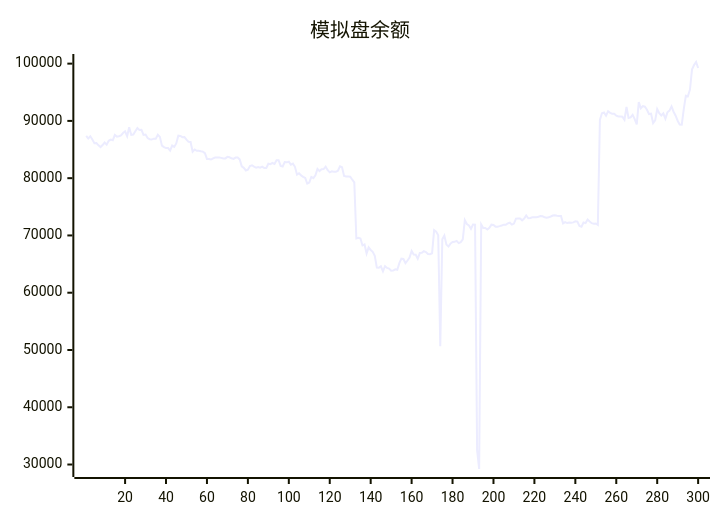
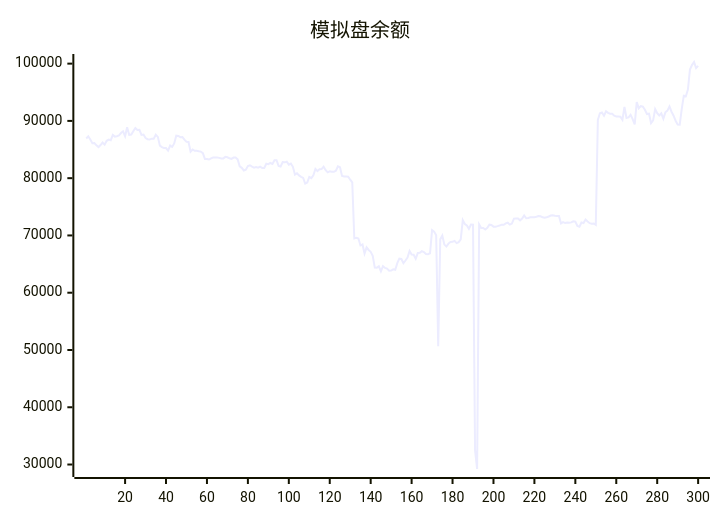
Before and after one commit to aahl/ai-trading: the diagram in README.md, drawn with Mermaid. The commit also changed other lines of this file and 1 other file, not shown here.

````diff
--- a/README.md
+++ b/README.md
@@ -5,5 +5,5 @@
 ```mermaid
 xychart
     title "模拟盘余额"
-    line [87386,86920,87313,86737,86094,86143,85725,85437,85787,86219,85859,86526,86740,86630,87563,87264,87335,87483,87886,88180,87335,88894,87544,87608,88207,88755,88401,88444,87543,87608,87000,86810,86740,86894,86884,87576,87209,85686,85435,85251,85255,84820,85689,85453,86066,87420,87373,87161,87178,86740,86341,86315,84643,85012,84772,84768,84690,84635,84376,83360,83357,83259,83474,83608,83606,83602,83548,83440,83454,83724,83644,83464,83365,83590,83592,83275,82072,81806,81344,81492,82109,82254,82006,81848,81955,81829,82022,81769,81776,82522,82441,82656,82498,83144,83144,82150,82038,82797,82763,82872,82367,82536,81981,80612,80862,80484,80242,80034,79063,79245,80226,80016,80507,81625,81233,81544,81578,82016,81401,81019,81186,81130,81118,81306,82066,81909,80392,80304,80291,80258,79729,79261,69466,69579,69456,68251,68415,66832,67911,67462,67144,66432,64380,64375,64606,63740,64647,64324,64216,63842,63877,64078,64008,65156,65945,65888,65157,65625,66144,67284,66653,66639,65924,66925,66956,67263,67108,66766,66729,66886,70927,70673,70049,50652,69334,69973,68400,68061,68578,68876,68879,69055,68662,68822,69329,72687,71999,71760,71162,71911,71896,32500,29218,71927,71297,71305,71044,71337,71883,71822,71536,71536,71622,71723,71880,71860,72100,72216,71887,72077,72940,72976,72966,72638,72948,73497,73004,73041,73173,73160,73186,73258,73375,73351,73173,73098,73161,73305,73474,73536,73457,73413,73412,72100,72333,72164,72272,72204,72285,72461,72421,71652,71521,72267,72157,72774,72424,72144,72060,72091,71858,90185,91338,91466,90900,91678,91404,91268,91244,90903,90779,90787,90721,90187,92429,90518,90619,91070,90328,89376,93286,92202,92581,92485,91947,91196,91259,89619,90086,92063,91355,90950,91327,90373,91498,91800,92531,91603,90910,90031,89351,89334,92097,94406,94315,95455,98972,99763,100286,99229]
+    line [86920,87313,86737,86094,86143,85725,85437,85787,86219,85859,86526,86740,86630,87563,87264,87335,87483,87886,88180,87335,88894,87544,87608,88207,88755,88401,88444,87543,87608,87000,86810,86740,86894,86884,87576,87209,85686,85435,85251,85255,84820,85689,85453,86066,87420,87373,87161,87178,86740,86341,86315,84643,85012,84772,84768,84690,84635,84376,83360,83357,83259,83474,83608,83606,83602,83548,83440,83454,83724,83644,83464,83365,83590,83592,83275,82072,81806,81344,81492,82109,82254,82006,81848,81955,81829,82022,81769,81776,82522,82441,82656,82498,83144,83144,82150,82038,82797,82763,82872,82367,82536,81981,80612,80862,80484,80242,80034,79063,79245,80226,80016,80507,81625,81233,81544,81578,82016,81401,81019,81186,81130,81118,81306,82066,81909,80392,80304,80291,80258,79729,79261,69466,69579,69456,68251,68415,66832,67911,67462,67144,66432,64380,64375,64606,63740,64647,64324,64216,63842,63877,64078,64008,65156,65945,65888,65157,65625,66144,67284,66653,66639,65924,66925,66956,67263,67108,66766,66729,66886,70927,70673,70049,50652,69334,69973,68400,68061,68578,68876,68879,69055,68662,68822,69329,72687,71999,71760,71162,71911,71896,32500,29218,71927,71297,71305,71044,71337,71883,71822,71536,71536,71622,71723,71880,71860,72100,72216,71887,72077,72940,72976,72966,72638,72948,73497,73004,73041,73173,73160,73186,73258,73375,73351,73173,73098,73161,73305,73474,73536,73457,73413,73412,72100,72333,72164,72272,72204,72285,72461,72421,71652,71521,72267,72157,72774,72424,72144,72060,72091,71858,90185,91338,91466,90900,91678,91404,91268,91244,90903,90779,90787,90721,90187,92429,90518,90619,91070,90328,89376,93286,92202,92581,92485,91947,91196,91259,89619,90086,92063,91355,90950,91327,90373,91498,91800,92531,91603,90910,90031,89351,89334,92097,94406,94315,95455,98972,99763,100286,99229,99622]
 ```
````
